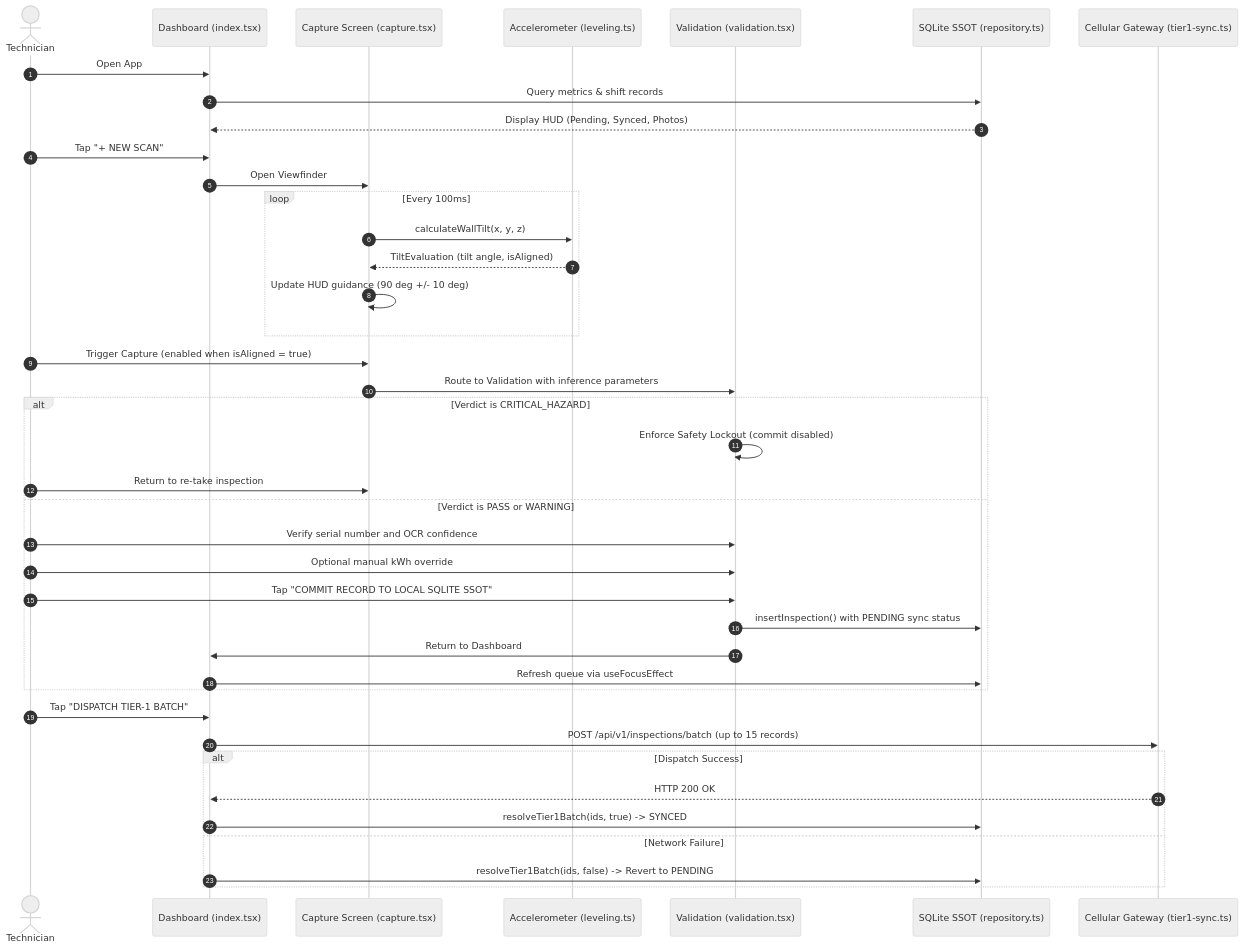
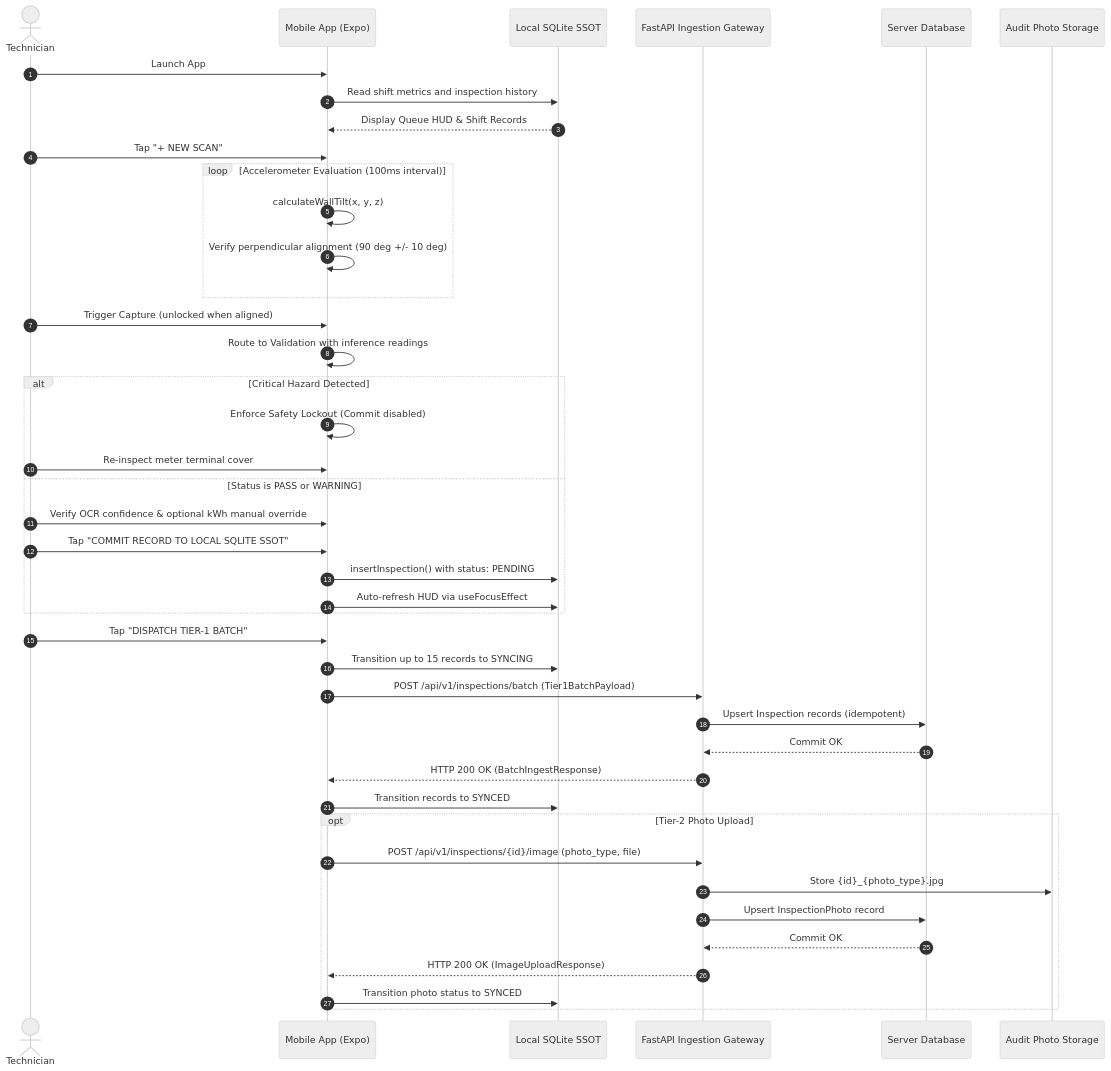
The second of 2 diagrams in README.md (frankmathewsajan/psychic-spark), drawn with Mermaid (neutral theme) before and after one commit. The commit also changed other lines of this file, not shown here.

Commit message:
docs: update README with full-stack architecture, gateway endpoints, and data flow diagrams

````diff
--- a/README.md
+++ b/README.md
@@ -51,47 +49,50 @@
 ```mermaid
 sequenceDiagram
     autonumber
     actor Tech as Technician
-    participant Dash as Dashboard (index.tsx)
-    participant Cam as Capture Screen (capture.tsx)
-    participant Sensor as Accelerometer (leveling.ts)
-    participant Val as Validation (validation.tsx)
-    participant DB as SQLite SSOT (repository.ts)
-    participant GW as Cellular Gateway (tier1-sync.ts)
+    participant Mobile as Mobile App (Expo)
+    participant LocalDB as Local SQLite SSOT
+    participant Gateway as FastAPI Ingestion Gateway
+    participant ServerDB as Server Database
+    participant FileStorage as Audit Photo Storage
 
-    Tech->>Dash: Open App
-    Dash->>DB: Query metrics & shift records
-    DB-->>Dash: Display HUD (Pending, Synced, Photos)
+    Tech->>Mobile: Launch App
+    Mobile->>LocalDB: Read shift metrics and inspection history
+    LocalDB-->>Mobile: Display Queue HUD & Shift Records
 
-    Tech->>Dash: Tap "+ NEW SCAN"
-    Dash->>Cam: Open Viewfinder
-    loop Every 100ms
-        Cam->>Sensor: calculateWallTilt(x, y, z)
-        Sensor-->>Cam: TiltEvaluation (tilt angle, isAligned)
-        Cam->>Cam: Update HUD guidance (90 deg +/- 10 deg)
+    Tech->>Mobile: Tap "+ NEW SCAN"
+    loop Accelerometer Evaluation (100ms interval)
+        Mobile->>Mobile: calculateWallTilt(x, y, z)
+        Mobile->>Mobile: Verify perpendicular alignment (90 deg +/- 10 deg)
     end
 
-    Tech->>Cam: Trigger Capture (enabled when isAligned = true)
-    Cam->>Val: Route to Validation with inference parameters
+    Tech->>Mobile: Trigger Capture (unlocked when aligned)
+    Mobile->>Mobile: Route to Validation with inference readings
 
-    alt Verdict is CRITICAL_HAZARD
-        Val->>Val: Enforce Safety Lockout (commit disabled)
-        Tech->>Cam: Return to re-take inspection
-    else Verdict is PASS or WARNING
-        Tech->>Val: Verify serial number and OCR confidence
-        Tech->>Val: Optional manual kWh override
-        Tech->>Val: Tap "COMMIT RECORD TO LOCAL SQLITE SSOT"
-        Val->>DB: insertInspection() with PENDING sync status
-        Val->>Dash: Return to Dashboard
-        Dash->>DB: Refresh queue via useFocusEffect
+    alt Critical Hazard Detected
+        Mobile->>Mobile: Enforce Safety Lockout (Commit disabled)
+        Tech->>Mobile: Re-inspect meter terminal cover
+    else Status is PASS or WARNING
+        Tech->>Mobile: Verify OCR confidence & optional kWh manual override
+        Tech->>Mobile: Tap "COMMIT RECORD TO LOCAL SQLITE SSOT"
+        Mobile->>LocalDB: insertInspection() with status: PENDING
+        Mobile->>LocalDB: Auto-refresh HUD via useFocusEffect
     end
 
-    Tech->>Dash: Tap "DISPATCH TIER-1 BATCH"
-    Dash->>GW: POST /api/v1/inspections/batch (up to 15 records)
-    alt Dispatch Success
-        GW-->>Dash: HTTP 200 OK
-        Dash->>DB: resolveTier1Batch(ids, true) -> SYNCED
-    else Network Failure
-        Dash->>DB: resolveTier1Batch(ids, false) -> Revert to PENDING
+    Tech->>Mobile: Tap "DISPATCH TIER-1 BATCH"
+    Mobile->>LocalDB: Transition up to 15 records to SYNCING
+    Mobile->>Gateway: POST /api/v1/inspections/batch (Tier1BatchPayload)
+    Gateway->>ServerDB: Upsert Inspection records (idempotent)
+    ServerDB-->>Gateway: Commit OK
+    Gateway-->>Mobile: HTTP 200 OK (BatchIngestResponse)
+    Mobile->>LocalDB: Transition records to SYNCED
+
+    opt Tier-2 Photo Upload
+        Mobile->>Gateway: POST /api/v1/inspections/{id}/image (photo_type, file)
+        Gateway->>FileStorage: Store {id}_{photo_type}.jpg
+        Gateway->>ServerDB: Upsert InspectionPhoto record
+        ServerDB-->>Gateway: Commit OK
+        Gateway-->>Mobile: HTTP 200 OK (ImageUploadResponse)
+        Mobile->>LocalDB: Transition photo status to SYNCED
     end
 ```
````
